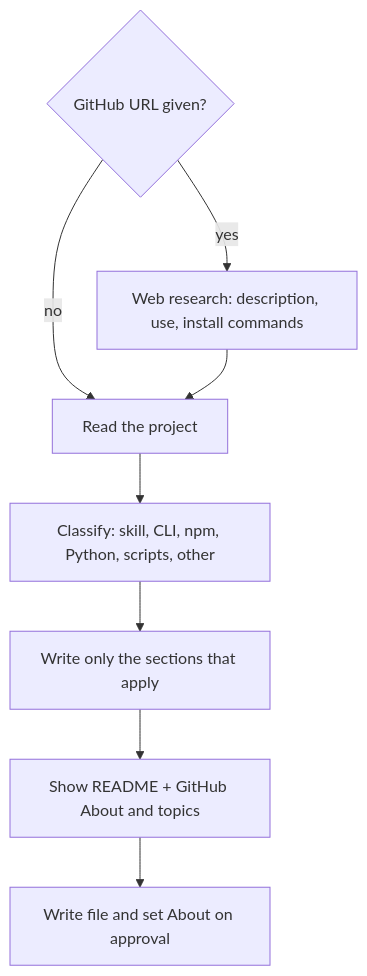
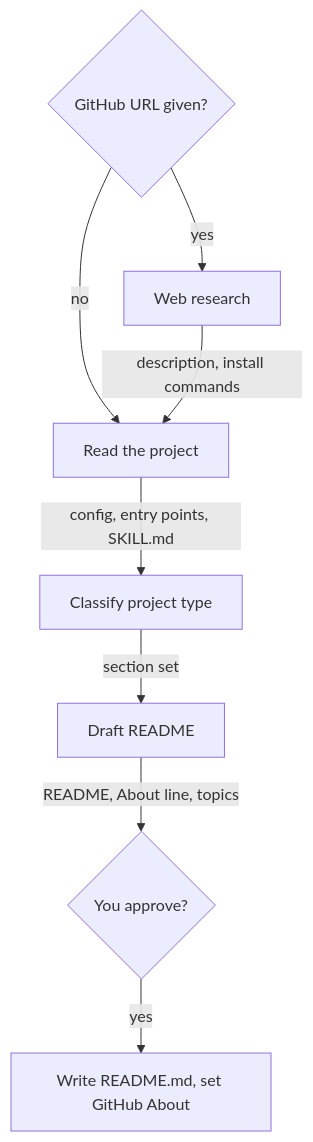
One commit to b1rdmania/readme-generator changed the diagram in README.md. Above: the diagram before and after it, drawn with Mermaid. The commit also changed other lines of this file, not shown here.

Commit message:
README: label diagram edges, add --update behaviour, drop fork line

````diff
--- a/README.md
+++ b/README.md
@@ -21,10 +21,10 @@
 ```mermaid
 flowchart TD
-    A{GitHub URL given?} -- yes --> B[Web research: description, use, install commands]
+    A{GitHub URL given?} -- yes --> B[Web research]
     A -- no --> C[Read the project]
-    B --> C
-    C --> D[Classify: skill, CLI, npm, Python, scripts, other]
-    D --> E[Write only the sections that apply]
-    E --> F[Show README + GitHub About and topics]
-    F --> G[Write file and set About on approval]
+    B -- description, install commands --> C
+    C -- config, entry points, SKILL.md --> D[Classify project type]
+    D -- section set --> E[Draft README]
+    E -- README, About line, topics --> F{You approve?}
+    F -- yes --> G[Write README.md, set GitHub About]
 ```
````
